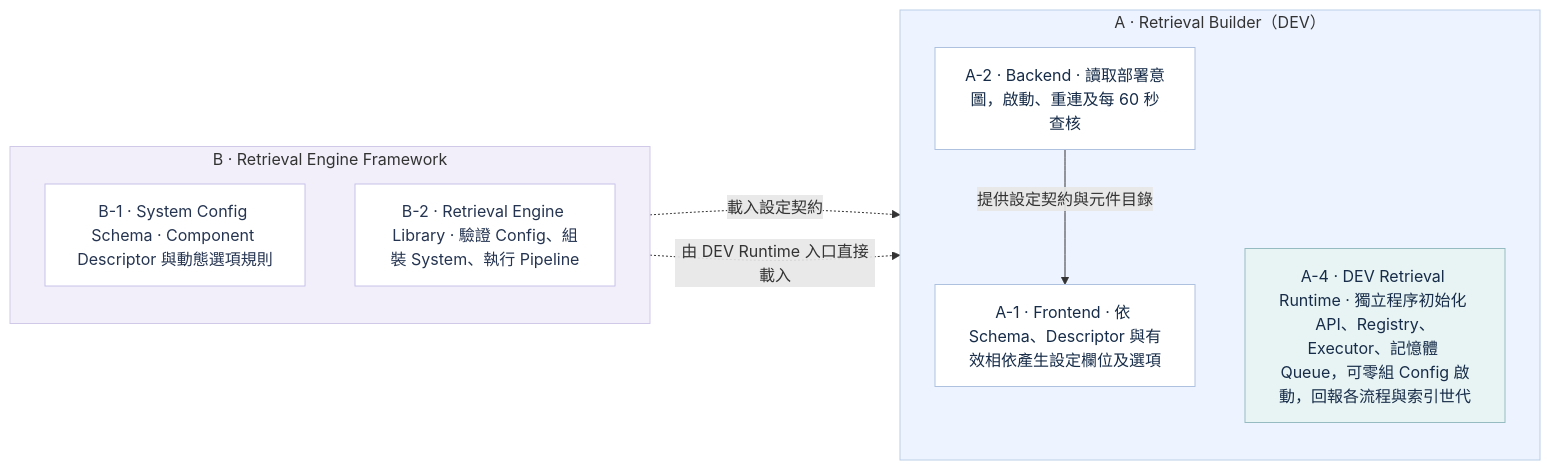
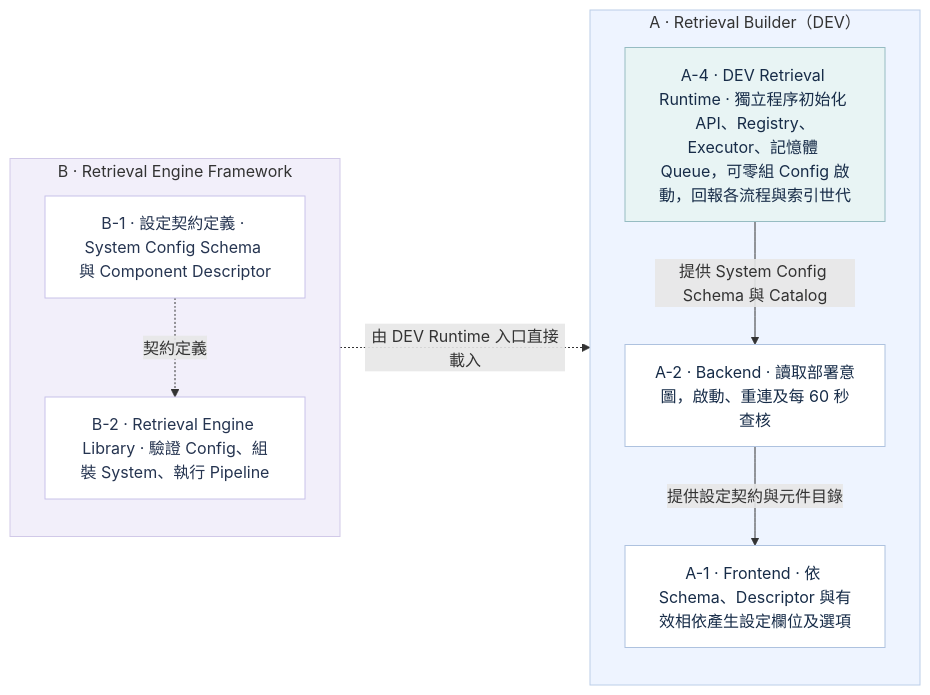
Before and after one commit to SunnyWenwen/rag_platform: the diagram in diagrams/02_infra_architecture_startup.mmd, drawn with Mermaid. The commit also changed 7 other files, not shown here.

Commit message:
Restore detailed architecture flow and source schemas from Runtime

```diff
--- a/diagrams/02_infra_architecture_startup.mmd
+++ b/diagrams/02_infra_architecture_startup.mmd
@@ -1,30 +1,31 @@
 flowchart LR
   %% DEV startup and reload of published configurations.
   %% Component IDs match the architecture after user operations.
   %% Builder 補載預期上線的流程；ES 索引確認遺失時，由使用者確認後恢復。
 
   subgraph B["B · Retrieval Engine Framework"]
     direction TB
-    B1["B-1 · System Config Schema · Component Descriptor 與動態選項規則"]
+    B1["B-1 · 設定契約定義 · System Config Schema 與 Component Descriptor"]
     B2["B-2 · Retrieval Engine Library · 驗證 Config、組裝 System、執行 Pipeline"]
+    B1 -.->|"契約定義"| B2
   end
 
   subgraph A["A · Retrieval Builder（DEV）"]
     direction TB
     A2["A-2 · Backend · 讀取部署意圖，啟動、重連及每 60 秒查核"]
     A1["A-1 · Frontend · 依 Schema、Descriptor 與有效相依產生設定欄位及選項"]
     A4["A-4 · DEV Retrieval Runtime · 獨立程序初始化 API、Registry、Executor、記憶體 Queue，可零組 Config 啟動，回報各流程與索引世代"]
+    A4 -->|"提供 System Config Schema 與 Catalog"| A2
     A2 -->|"提供設定契約與元件目錄"| A1
   end
 
-  B1 -.->|"載入設定契約"| A2
   B2 -.->|"由 DEV Runtime 入口直接載入"| A4
 
   classDef builder fill:#ffffff,stroke:#aec2df,color:#172c48
   classDef engine fill:#ffffff,stroke:#c8c2e9,color:#253450
   classDef runtime fill:#e8f4f4,stroke:#96bcc2,color:#172c48
   class A1,A2 builder
   class B1,B2 engine
   class A4 runtime
   style A fill:#eef4ff,stroke:#bbcee8
   style B fill:#f2effa,stroke:#d1c9e8
```
